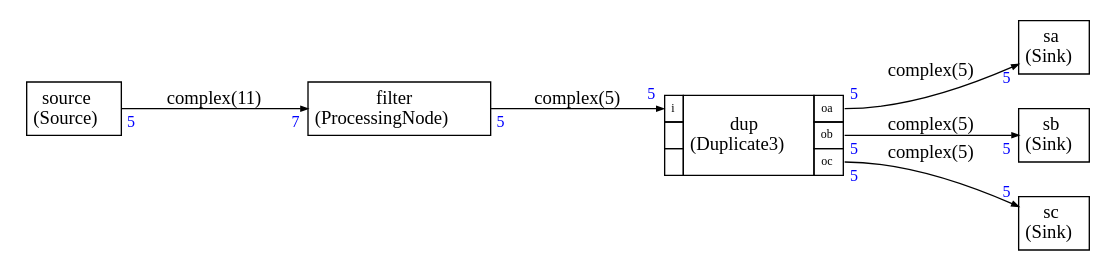
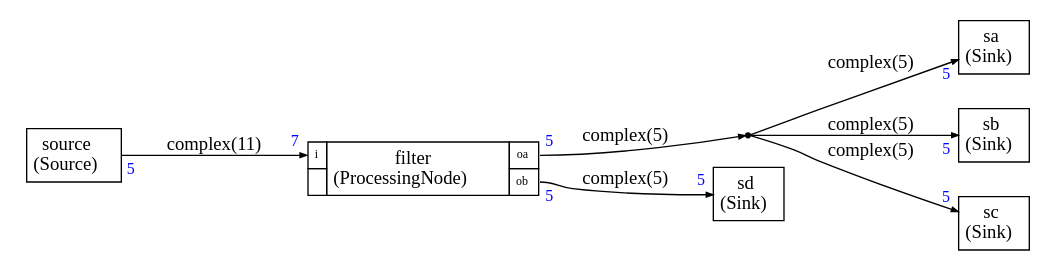
Before and after one commit to ARM-software/CMSIS-DSP: the diagram in SDFTools/examples/example8/test.dot, drawn with Graphviz. The commit also changed 11 other files, not shown here.

```diff
--- a/SDFTools/examples/example8/test.dot
+++ b/SDFTools/examples/example8/test.dot
@@ -1,99 +1,104 @@
+
 
 
 
 digraph structs {
     node [shape=plaintext]
     rankdir=LR
     edge [arrowsize=0.5]
     fontname="times"
 
 
+dup0 [shape=point,label=dup0]
 
-dup [label=<
+
+filter [label=<
 <TABLE BORDER="0" CELLBORDER="1" CELLSPACING="0" CELLPADDING="4">
   <TR>
     <TD PORT="i"><FONT POINT-SIZE="9.0">i</FONT></TD>
-    <TD ALIGN="CENTER" ROWSPAN="3">dup<BR/>(Duplicate3)</TD>
+    <TD ALIGN="CENTER" ROWSPAN="2">filter<BR/>(ProcessingNode)</TD>
     <TD PORT="oa"><FONT POINT-SIZE="9.0">oa</FONT></TD>
   </TR>
 <TR>
  
 <TD></TD>
 <TD PORT="ob"><FONT POINT-SIZE="9.0">ob</FONT></TD>
-</TR><TR>
- 
-<TD></TD>
-<TD PORT="oc"><FONT POINT-SIZE="9.0">oc</FONT></TD>
 </TR>
 
-</TABLE>>];
-
-filter [label=<
-<TABLE BORDER="0" CELLBORDER="1" CELLSPACING="0" CELLPADDING="4">
-  <TR>
-    <TD ALIGN="CENTER" PORT="i">filter<BR/>(ProcessingNode)</TD>
-  </TR>
 </TABLE>>];
 
 sa [label=<
 <TABLE BORDER="0" CELLBORDER="1" CELLSPACING="0" CELLPADDING="4">
   <TR>
     <TD ALIGN="CENTER" PORT="i">sa<BR/>(Sink)</TD>
   </TR>
 </TABLE>>];
 
 sb [label=<
 <TABLE BORDER="0" CELLBORDER="1" CELLSPACING="0" CELLPADDING="4">
   <TR>
     <TD ALIGN="CENTER" PORT="i">sb<BR/>(Sink)</TD>
   </TR>
 </TABLE>>];
 
 sc [label=<
 <TABLE BORDER="0" CELLBORDER="1" CELLSPACING="0" CELLPADDING="4">
   <TR>
     <TD ALIGN="CENTER" PORT="i">sc<BR/>(Sink)</TD>
   </TR>
 </TABLE>>];
 
+sd [label=<
+<TABLE BORDER="0" CELLBORDER="1" CELLSPACING="0" CELLPADDING="4">
+  <TR>
+    <TD ALIGN="CENTER" PORT="i">sd<BR/>(Sink)</TD>
+  </TR>
+</TABLE>>];
+
 source [label=<
 <TABLE BORDER="0" CELLBORDER="1" CELLSPACING="0" CELLPADDING="4">
   <TR>
     <TD ALIGN="CENTER" PORT="i">source<BR/>(Source)</TD>
   </TR>
 </TABLE>>];
 
 
 
-source:i -> filter:i [headlabel=<
-<TABLE BORDER="0" CELLPADDING="2"><TR><TD><FONT COLOR="blue" POINT-SIZE="12.0" >7</FONT>
-</TD></TR></TABLE>>,taillabel=<
-<TABLE BORDER="0" CELLPADDING="2"><TR><TD><FONT COLOR="blue" POINT-SIZE="12.0" >5</FONT>
-</TD></TR></TABLE>>,label="complex(11)"]
+source:i -> filter:i [label="complex(11)"
+,headlabel=<<TABLE BORDER="0" CELLPADDING="2"><TR><TD><FONT COLOR="blue" POINT-SIZE="12.0" >7</FONT>
+</TD></TR></TABLE>>
+,taillabel=<<TABLE BORDER="0" CELLPADDING="2"><TR><TD><FONT COLOR="blue" POINT-SIZE="12.0" >5</FONT>
+</TD></TR></TABLE>>]
 
-filter:i -> dup:i [headlabel=<
-<TABLE BORDER="0" CELLPADDING="2"><TR><TD><FONT COLOR="blue" POINT-SIZE="12.0" >5</FONT>
-</TD></TR></TABLE>>,taillabel=<
-<TABLE BORDER="0" CELLPADDING="2"><TR><TD><FONT COLOR="blue" POINT-SIZE="12.0" >5</FONT>
-</TD></TR></TABLE>>,label="complex(5)"]
+filter:ob -> sd:i [label="complex(5)"
+,headlabel=<<TABLE BORDER="0" CELLPADDING="2"><TR><TD><FONT COLOR="blue" POINT-SIZE="12.0" >5</FONT>
+</TD></TR></TABLE>>
+,taillabel=<<TABLE BORDER="0" CELLPADDING="2"><TR><TD><FONT COLOR="blue" POINT-SIZE="12.0" >5</FONT>
+</TD></TR></TABLE>>]
 
-dup:oa -> sa:i [headlabel=<
-<TABLE BORDER="0" CELLPADDING="2"><TR><TD><FONT COLOR="blue" POINT-SIZE="12.0" >5</FONT>
-</TD></TR></TABLE>>,taillabel=<
-<TABLE BORDER="0" CELLPADDING="2"><TR><TD><FONT COLOR="blue" POINT-SIZE="12.0" >5</FONT>
-</TD></TR></TABLE>>,label="complex(5)"]
+filter:oa ->  
+dup0 [label="complex(5)"
 
-dup:ob -> sb:i [headlabel=<
-<TABLE BORDER="0" CELLPADDING="2"><TR><TD><FONT COLOR="blue" POINT-SIZE="12.0" >5</FONT>
-</TD></TR></TABLE>>,taillabel=<
-<TABLE BORDER="0" CELLPADDING="2"><TR><TD><FONT COLOR="blue" POINT-SIZE="12.0" >5</FONT>
-</TD></TR></TABLE>>,label="complex(5)"]
+,taillabel=<<TABLE BORDER="0" CELLPADDING="2"><TR><TD><FONT COLOR="blue" POINT-SIZE="12.0" >5</FONT>
+</TD></TR></TABLE>>]
 
-dup:oc -> sc:i [headlabel=<
-<TABLE BORDER="0" CELLPADDING="2"><TR><TD><FONT COLOR="blue" POINT-SIZE="12.0" >5</FONT>
-</TD></TR></TABLE>>,taillabel=<
-<TABLE BORDER="0" CELLPADDING="2"><TR><TD><FONT COLOR="blue" POINT-SIZE="12.0" >5</FONT>
-</TD></TR></TABLE>>,label="complex(5)"]
+ 
+dup0 -> sa:i [label="complex(5)"
+,headlabel=<<TABLE BORDER="0" CELLPADDING="2"><TR><TD><FONT COLOR="blue" POINT-SIZE="12.0" >5</FONT>
+</TD></TR></TABLE>>
+]
+
+ 
+dup0 -> sb:i [label="complex(5)"
+,headlabel=<<TABLE BORDER="0" CELLPADDING="2"><TR><TD><FONT COLOR="blue" POINT-SIZE="12.0" >5</FONT>
+</TD></TR></TABLE>>
+]
+
+ 
+dup0 -> sc:i [label="complex(5)"
+,headlabel=<<TABLE BORDER="0" CELLPADDING="2"><TR><TD><FONT COLOR="blue" POINT-SIZE="12.0" >5</FONT>
+</TD></TR></TABLE>>
+]
 
 
 }
```
